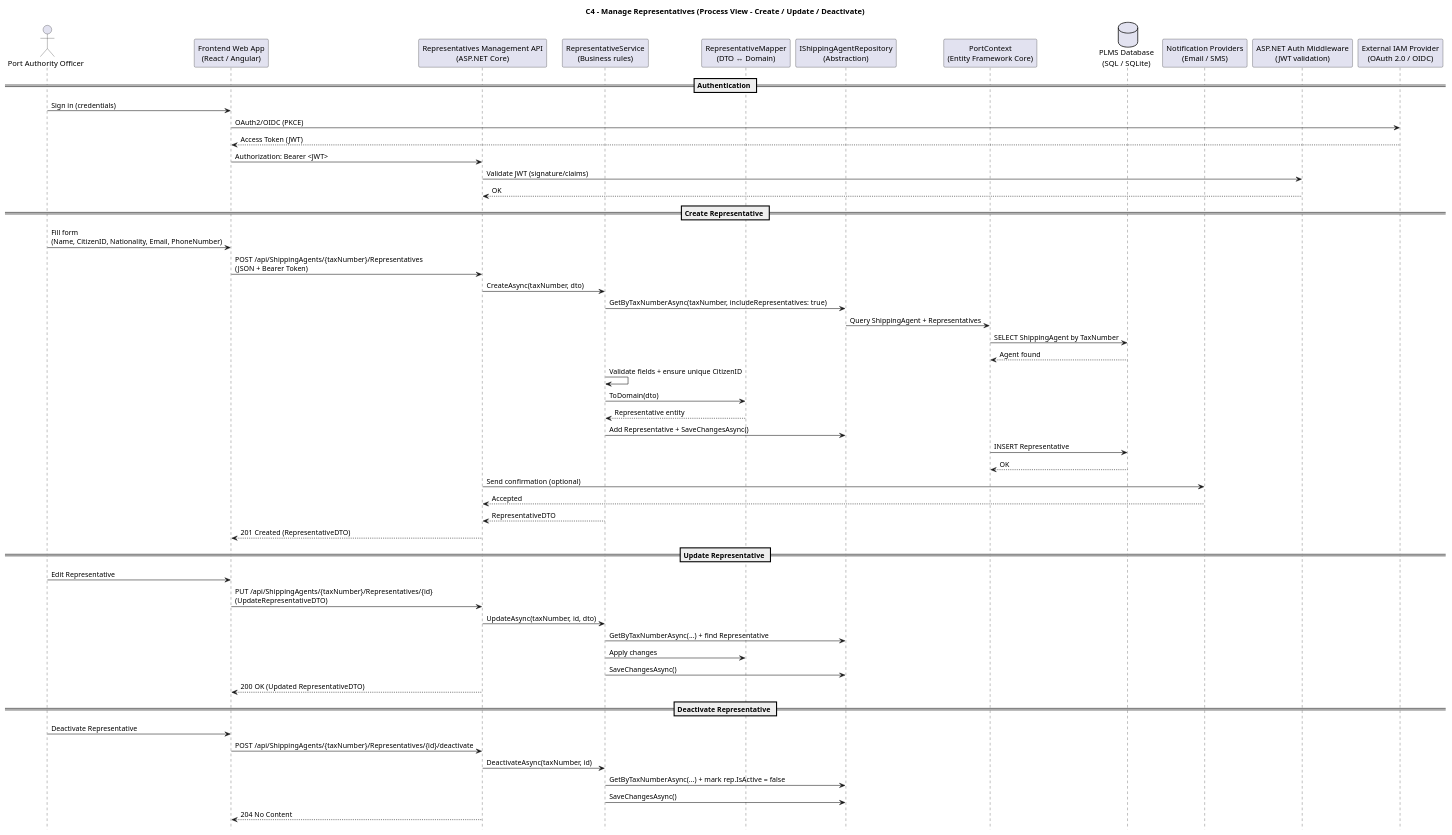
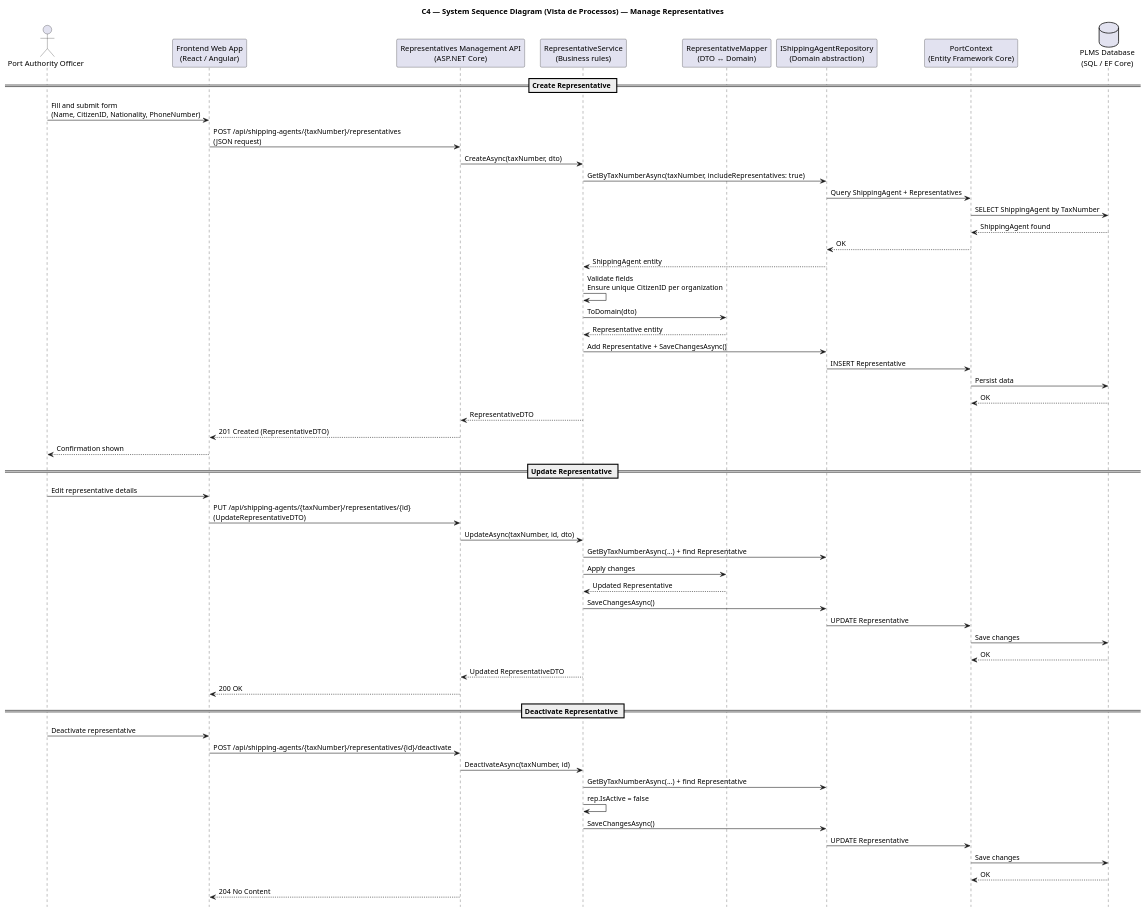
One commit to Departamento-de-Engenharia-Informatica/LEI-SEM5-PI-2025-26-3DM-03 changed the diagram in Docs/Sprint A/US 2.2.6/Modelo c4/C4_Processos.puml. Above: the diagram before and after it, drawn with PlantUML. The commit also changed 12 other files, not shown here.

```diff
--- a/Docs/Sprint A/US 2.2.6/Modelo c4/C4_Processos.puml
+++ b/Docs/Sprint A/US 2.2.6/Modelo c4/C4_Processos.puml
@@ -1,61 +1,61 @@
 @startuml C4_Manage_Representatives_Process_View
-title C4 – Manage Representatives (Process View – Create / Update / Deactivate)
+title C4 — System Sequence Diagram (Vista de Processos) — Manage Representatives
 hide footbox
 
 actor "Port Authority Officer" as Officer
 participant "Frontend Web App\n(React / Angular)" as Frontend
 participant "Representatives Management API\n(ASP.NET Core)" as API
 participant "RepresentativeService\n(Business rules)" as Service
 participant "RepresentativeMapper\n(DTO ↔ Domain)" as Mapper
-participant "IShippingAgentRepository\n(Abstraction)" as Repo
+participant "IShippingAgentRepository\n(Domain abstraction)" as Repo
 participant "PortContext\n(Entity Framework Core)" as Context
-database "PLMS Database\n(SQL / SQLite)" as DB
-participant "Notification Providers\n(Email / SMS)" as Notif
-participant "ASP.NET Auth Middleware\n(JWT validation)" as Auth
-participant "External IAM Provider\n(OAuth 2.0 / OIDC)" as IAM
-
-== Authentication ==
-Officer -> Frontend : Sign in (credentials)
-Frontend -> IAM : OAuth2/OIDC (PKCE)
-IAM --> Frontend : Access Token (JWT)
-Frontend -> API : Authorization: Bearer <JWT>
-API -> Auth : Validate JWT (signature/claims)
-Auth --> API : OK
+database "PLMS Database\n(SQL / EF Core)" as DB
 
 == Create Representative ==
-Officer -> Frontend : Fill form\n(Name, CitizenID, Nationality, Email, PhoneNumber)
-Frontend -> API : POST /api/ShippingAgents/{taxNumber}/Representatives\n(JSON + Bearer Token)
+Officer -> Frontend : Fill and submit form\n(Name, CitizenID, Nationality, PhoneNumber)
+Frontend -> API : POST /api/shipping-agents/{taxNumber}/representatives\n(JSON request)
 API -> Service : CreateAsync(taxNumber, dto)
 Service -> Repo : GetByTaxNumberAsync(taxNumber, includeRepresentatives: true)
 Repo -> Context : Query ShippingAgent + Representatives
 Context -> DB : SELECT ShippingAgent by TaxNumber
-DB --> Context : Agent found
-Service -> Service : Validate fields + ensure unique CitizenID
+DB --> Context : ShippingAgent found
+Context --> Repo : OK
+Repo --> Service : ShippingAgent entity
+Service -> Service : Validate fields\nEnsure unique CitizenID per organization
 Service -> Mapper : ToDomain(dto)
 Mapper --> Service : Representative entity
 Service -> Repo : Add Representative + SaveChangesAsync()
-Context -> DB : INSERT Representative
+Repo -> Context : INSERT Representative
+Context -> DB : Persist data
 DB --> Context : OK
-API -> Notif : Send confirmation (optional)
-Notif --> API : Accepted
 Service --> API : RepresentativeDTO
 API --> Frontend : 201 Created (RepresentativeDTO)
+Frontend --> Officer : Confirmation shown
 
 == Update Representative ==
-Officer -> Frontend : Edit Representative
-Frontend -> API : PUT /api/ShippingAgents/{taxNumber}/Representatives/{id}\n(UpdateRepresentativeDTO)
+Officer -> Frontend : Edit representative details
+Frontend -> API : PUT /api/shipping-agents/{taxNumber}/representatives/{id}\n(UpdateRepresentativeDTO)
 API -> Service : UpdateAsync(taxNumber, id, dto)
 Service -> Repo : GetByTaxNumberAsync(...) + find Representative
 Service -> Mapper : Apply changes
+Mapper --> Service : Updated Representative
 Service -> Repo : SaveChangesAsync()
-API --> Frontend : 200 OK (Updated RepresentativeDTO)
+Repo -> Context : UPDATE Representative
+Context -> DB : Save changes
+DB --> Context : OK
+Service --> API : Updated RepresentativeDTO
+API --> Frontend : 200 OK
 
 == Deactivate Representative ==
-Officer -> Frontend : Deactivate Representative
-Frontend -> API : POST /api/ShippingAgents/{taxNumber}/Representatives/{id}/deactivate
+Officer -> Frontend : Deactivate representative
+Frontend -> API : POST /api/shipping-agents/{taxNumber}/representatives/{id}/deactivate
 API -> Service : DeactivateAsync(taxNumber, id)
-Service -> Repo : GetByTaxNumberAsync(...) + mark rep.IsActive = false
+Service -> Repo : GetByTaxNumberAsync(...) + find Representative
+Service -> Service : rep.IsActive = false
 Service -> Repo : SaveChangesAsync()
+Repo -> Context : UPDATE Representative
+Context -> DB : Save changes
+DB --> Context : OK
 API --> Frontend : 204 No Content
 
 @enduml
```
